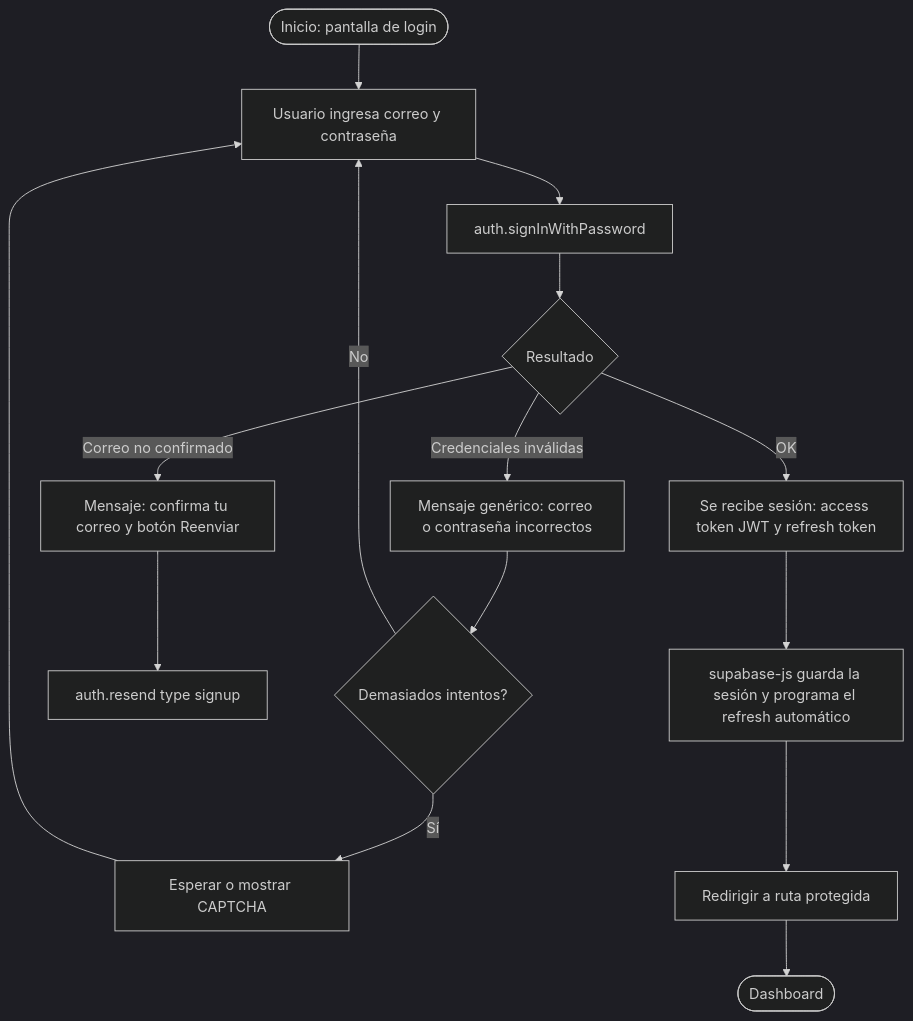
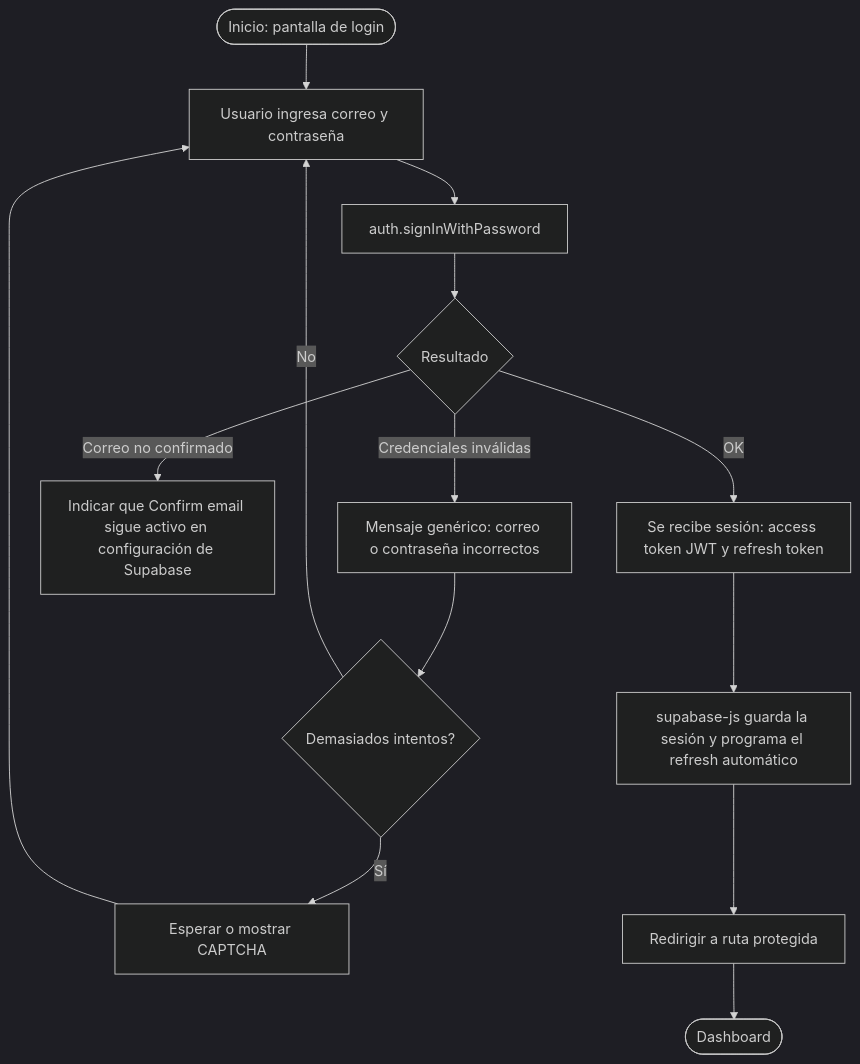
One commit to Trebol4Devop/Comunidad_USAC changed the third of 8 diagrams in auth-supabase-login-signup.md. Above: the diagram before and after it, drawn with Mermaid (dark theme). The commit also changed other lines of this file and 29 other files, not shown here.

````diff
--- a/auth-supabase-login-signup.md
+++ b/auth-supabase-login-signup.md
@@ -203,14 +142,14 @@
 ```mermaid
 flowchart TD
     A(["Inicio: pantalla de login"]) --> B["Usuario ingresa correo y contraseña"]
     B --> C["auth.signInWithPassword"]
     C --> D{"Resultado"}
     D -->|"Credenciales inválidas"| E["Mensaje genérico: correo o contraseña incorrectos"] --> F{"Demasiados intentos?"}
     F -->|"No"| B
     F -->|"Sí"| G["Esperar o mostrar CAPTCHA"] --> B
-    D -->|"Correo no confirmado"| H["Mensaje: confirma tu correo y botón Reenviar"] --> I["auth.resend type signup"]
+    D -->|"Correo no confirmado"| H["Indicar que Confirm email sigue activo en configuración de Supabase"]
     D -->|"OK"| J["Se recibe sesión: access token JWT y refresh token"]
     J --> K["supabase-js guarda la sesión y programa el refresh automático"]
     K --> L["Redirigir a ruta protegida"]
     L --> M(["Dashboard"])
 ```
````
